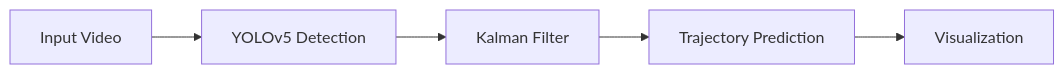
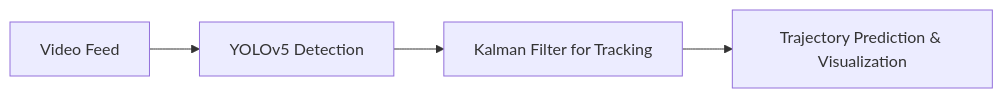
Before and after one commit to ganesha360/ganesha360: the second of 4 diagrams in README.md, drawn with Mermaid. The commit also changed other lines of this file, not shown here.

````diff
--- a/README.md
+++ b/README.md
@@ -60,7 +45,6 @@
 ```mermaid
-graph LR
-    A[Input Video] --> B[YOLOv5 Detection]
-    B --> C[Kalman Filter]
-    C --> D[Trajectory Prediction]
-    D --> E[Visualization]
+graph LR;
+    Input[Video Feed] --> YOLO[YOLOv5 Detection];
+    YOLO --> Kalman[Kalman Filter for Tracking];
+    Kalman --> Visualization[Trajectory Prediction & Visualization];
 ```
````
